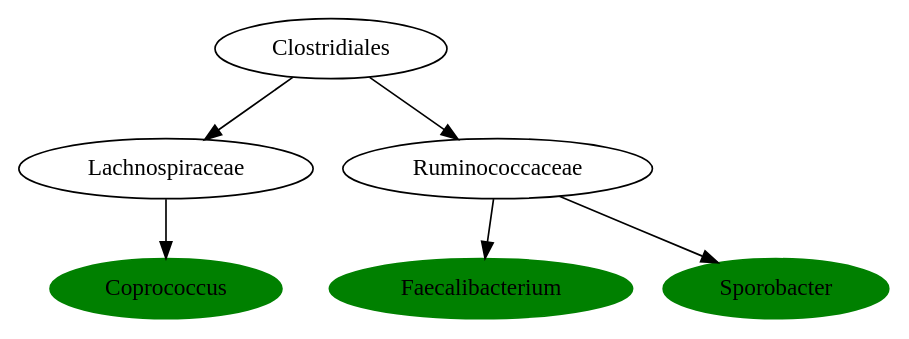
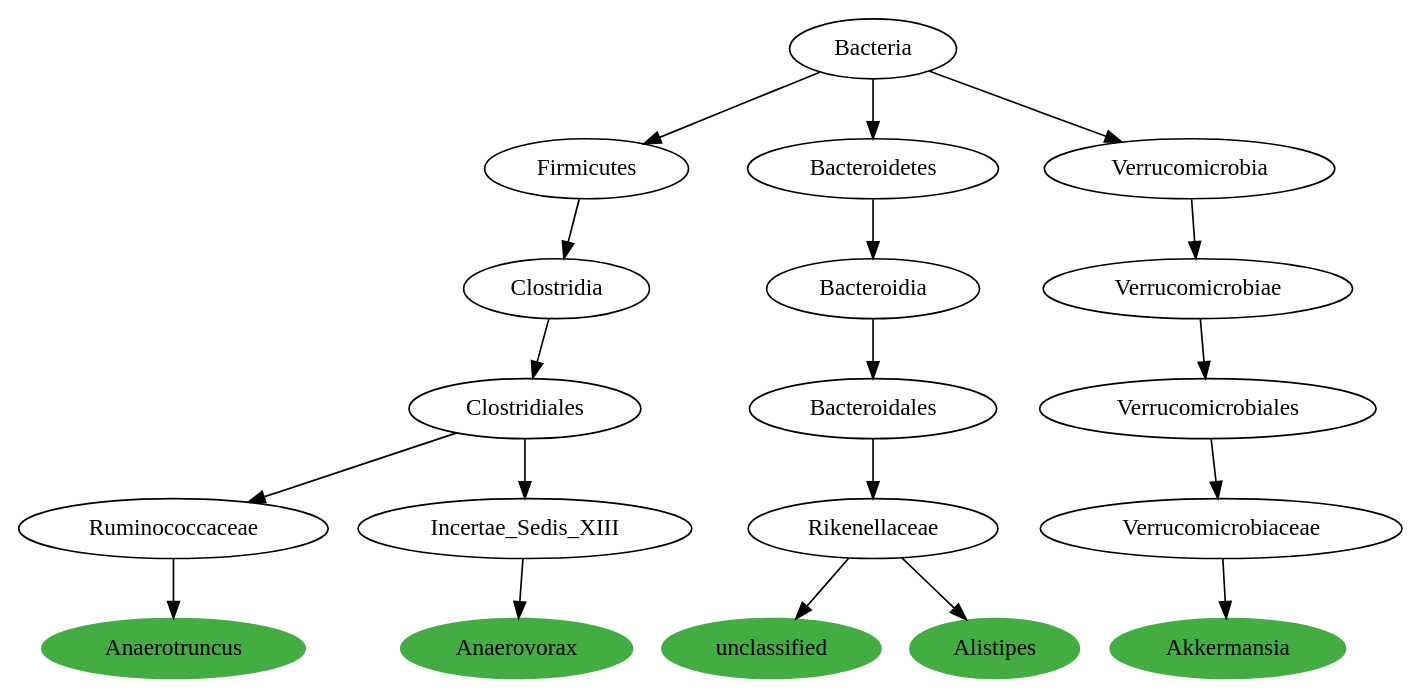
Before and after one commit to AndersHqst/thesis: the diagram in experiments/tmp/phylogenetic-tree/dotfiles/6.dot, drawn with Graphviz. The commit also changed 228 other files, not shown here.

Commit message:
Updated graph coloring scripts. Co-exclusions are now indicated by edge label font coloring, and phylographer will also show u<1 patterns in red only

```diff
--- a/experiments/tmp/phylogenetic-tree/dotfiles/6.dot
+++ b/experiments/tmp/phylogenetic-tree/dotfiles/6.dot
@@ -1,21 +1,62 @@
 digraph G { 
-	LachnospiraceaeCoprococcus [label="Coprococcus", color="green", style=filled];
-	ClostridialesLachnospiraceae [label="Lachnospiraceae"];
-	LachnospiraceaeCoprococcus [label="Coprococcus"];
-	ClostridialesLachnospiraceae -> LachnospiraceaeCoprococcus;
-	ClostridiaClostridiales [label="Clostridiales"];
-	ClostridialesLachnospiraceae [label="Lachnospiraceae"];
-	ClostridiaClostridiales -> ClostridialesLachnospiraceae;
-	RuminococcaceaeFaecalibacterium [label="Faecalibacterium", color="green", style=filled];
+	RuminococcaceaeAnaerotruncus [label="Anaerotruncus", color="#43AC43", style=filled];
 	ClostridialesRuminococcaceae [label="Ruminococcaceae"];
-	RuminococcaceaeFaecalibacterium [label="Faecalibacterium"];
-	ClostridialesRuminococcaceae -> RuminococcaceaeFaecalibacterium;
+	RuminococcaceaeAnaerotruncus [label="Anaerotruncus"];
+	ClostridialesRuminococcaceae -> RuminococcaceaeAnaerotruncus;
 	ClostridiaClostridiales [label="Clostridiales"];
 	ClostridialesRuminococcaceae [label="Ruminococcaceae"];
 	ClostridiaClostridiales -> ClostridialesRuminococcaceae;
-	RuminococcaceaeSporobacter [label="Sporobacter", color="green", style=filled];
-	ClostridialesRuminococcaceae [label="Ruminococcaceae"];
-	RuminococcaceaeSporobacter [label="Sporobacter"];
-	ClostridialesRuminococcaceae -> RuminococcaceaeSporobacter;
+	FirmicutesClostridia [label="Clostridia"];
+	ClostridiaClostridiales [label="Clostridiales"];
+	FirmicutesClostridia -> ClostridiaClostridiales;
+	BacteriaFirmicutes [label="Firmicutes"];
+	FirmicutesClostridia [label="Clostridia"];
+	BacteriaFirmicutes -> FirmicutesClostridia;
+	Bacteria [label="Bacteria"];
+	BacteriaFirmicutes [label="Firmicutes"];
+	Bacteria -> BacteriaFirmicutes;
+	Incertae_Sedis_XIIIAnaerovorax [label="Anaerovorax", color="#43AC43", style=filled];
+	ClostridialesIncertae_Sedis_XIII [label="Incertae_Sedis_XIII"];
+	Incertae_Sedis_XIIIAnaerovorax [label="Anaerovorax"];
+	ClostridialesIncertae_Sedis_XIII -> Incertae_Sedis_XIIIAnaerovorax;
+	ClostridiaClostridiales [label="Clostridiales"];
+	ClostridialesIncertae_Sedis_XIII [label="Incertae_Sedis_XIII"];
+	ClostridiaClostridiales -> ClostridialesIncertae_Sedis_XIII;
+	Rikenellaceaeunclassified [label="unclassified", color="#43AC43", style=filled];
+	BacteroidalesRikenellaceae [label="Rikenellaceae"];
+	Rikenellaceaeunclassified [label="unclassified"];
+	BacteroidalesRikenellaceae -> Rikenellaceaeunclassified;
+	BacteroidiaBacteroidales [label="Bacteroidales"];
+	BacteroidalesRikenellaceae [label="Rikenellaceae"];
+	BacteroidiaBacteroidales -> BacteroidalesRikenellaceae;
+	BacteroidetesBacteroidia [label="Bacteroidia"];
+	BacteroidiaBacteroidales [label="Bacteroidales"];
+	BacteroidetesBacteroidia -> BacteroidiaBacteroidales;
+	BacteriaBacteroidetes [label="Bacteroidetes"];
+	BacteroidetesBacteroidia [label="Bacteroidia"];
+	BacteriaBacteroidetes -> BacteroidetesBacteroidia;
+	Bacteria [label="Bacteria"];
+	BacteriaBacteroidetes [label="Bacteroidetes"];
+	Bacteria -> BacteriaBacteroidetes;
+	RikenellaceaeAlistipes [label="Alistipes", color="#43AC43", style=filled];
+	BacteroidalesRikenellaceae [label="Rikenellaceae"];
+	RikenellaceaeAlistipes [label="Alistipes"];
+	BacteroidalesRikenellaceae -> RikenellaceaeAlistipes;
+	VerrucomicrobiaceaeAkkermansia [label="Akkermansia", color="#43AC43", style=filled];
+	VerrucomicrobialesVerrucomicrobiaceae [label="Verrucomicrobiaceae"];
+	VerrucomicrobiaceaeAkkermansia [label="Akkermansia"];
+	VerrucomicrobialesVerrucomicrobiaceae -> VerrucomicrobiaceaeAkkermansia;
+	VerrucomicrobiaeVerrucomicrobiales [label="Verrucomicrobiales"];
+	VerrucomicrobialesVerrucomicrobiaceae [label="Verrucomicrobiaceae"];
+	VerrucomicrobiaeVerrucomicrobiales -> VerrucomicrobialesVerrucomicrobiaceae;
+	VerrucomicrobiaVerrucomicrobiae [label="Verrucomicrobiae"];
+	VerrucomicrobiaeVerrucomicrobiales [label="Verrucomicrobiales"];
+	VerrucomicrobiaVerrucomicrobiae -> VerrucomicrobiaeVerrucomicrobiales;
+	BacteriaVerrucomicrobia [label="Verrucomicrobia"];
+	VerrucomicrobiaVerrucomicrobiae [label="Verrucomicrobiae"];
+	BacteriaVerrucomicrobia -> VerrucomicrobiaVerrucomicrobiae;
+	Bacteria [label="Bacteria"];
+	BacteriaVerrucomicrobia [label="Verrucomicrobia"];
+	Bacteria -> BacteriaVerrucomicrobia;
 
  }
```
